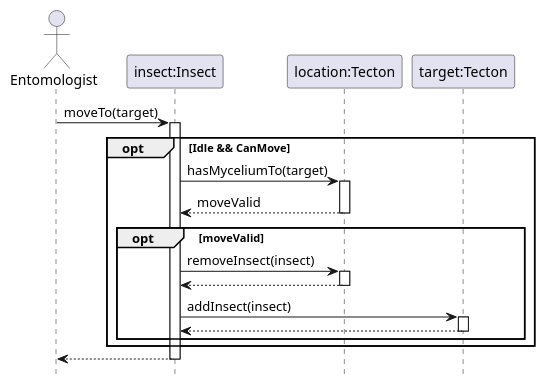
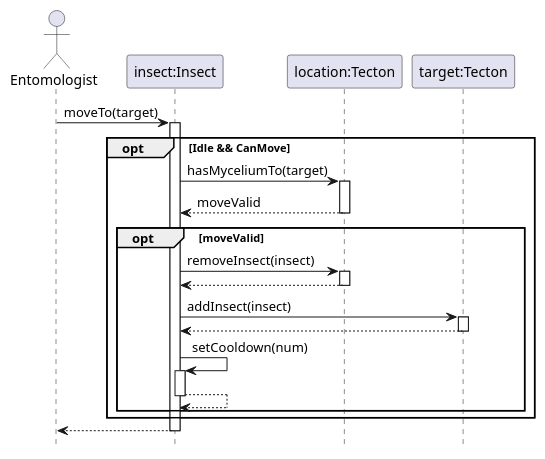
One commit to ZD4ve/projlab-error521 changed the diagram in Insect/move.pu. Above: the diagram before and after it, drawn with PlantUML. The commit also changed 2 other files, not shown here.

Commit message:
setCooldown added to insect

```diff
--- a/Insect/move.pu
+++ b/Insect/move.pu
@@ -1,34 +1,38 @@
 @startuml Insect/move
 hide footbox
 
 actor Entomologist
 participant "insect:Insect" as insect
 participant "location:Tecton" as location
 participant "target:Tecton" as target
 
 ' TODO target
 Entomologist -> insect : moveTo(target)
 activate insect
 
 opt Idle && CanMove
 
     insect -> location : hasMyceliumTo(target)
     activate location
 
     return moveValid
 
     opt moveValid
 
         insect -> location : removeInsect(insect)
         activate location
         return
         
         insect -> target : addInsect(insect)
         activate target
         return
+
+        insect -> insect : setCooldown(num)
+        activate insect
+        return
     end
 end
 
 return
 
 @enduml
```
